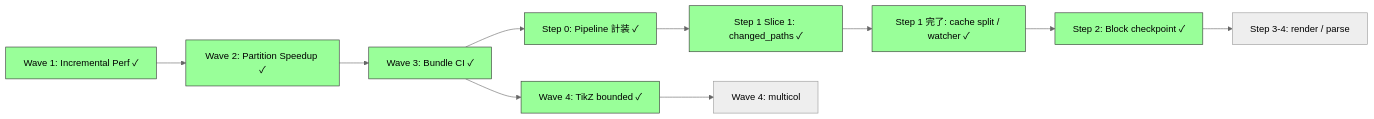
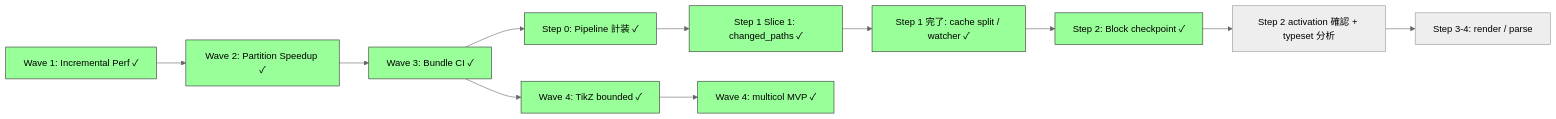
The diagram in docs/planning_report.md (RK0429/ferritex), drawn with Mermaid (neutral theme) before and after one commit. The commit also changed other lines of this file and 10 other files, not shown here.

````diff
--- a/docs/planning_report.md
+++ b/docs/planning_report.md
@@ -157,20 +158,22 @@
 ```mermaid
 graph LR
     W1[Wave 1: Incremental Perf ✓] --> W2[Wave 2: Partition Speedup ✓]
     W2 --> W3[Wave 3: Bundle CI ✓]
     W3 --> S0[Step 0: Pipeline 計装 ✓]
     S0 --> S1A[Step 1 Slice 1: changed_paths ✓]
     W3 --> W4[Wave 4: TikZ bounded ✓]
     S1A --> S1R[Step 1 完了: cache split / watcher ✓]
     S1R --> S2[Step 2: Block checkpoint ✓]
-    S2 --> S34[Step 3-4: render / parse]
-    W4 --> W4R[Wave 4: multicol]
+    S2 --> S2A[Step 2 activation 確認 + typeset 分析]
+    S2A --> S34[Step 3-4: render / parse]
+    W4 --> W4R[Wave 4: multicol MVP ✓]
     style W1 fill:#9f9,stroke:#333
     style W2 fill:#9f9,stroke:#333
     style W3 fill:#9f9,stroke:#333
     style S0 fill:#9f9,stroke:#333
     style S1A fill:#9f9,stroke:#333
     style S1R fill:#9f9,stroke:#333
     style S2 fill:#9f9,stroke:#333
     style W4 fill:#9f9,stroke:#333
+    style W4R fill:#9f9,stroke:#333
 ```
````
